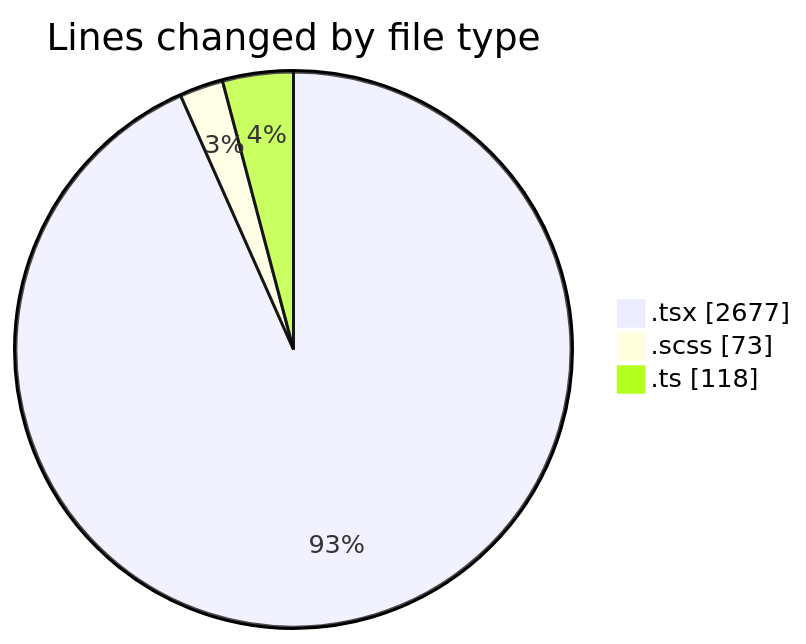
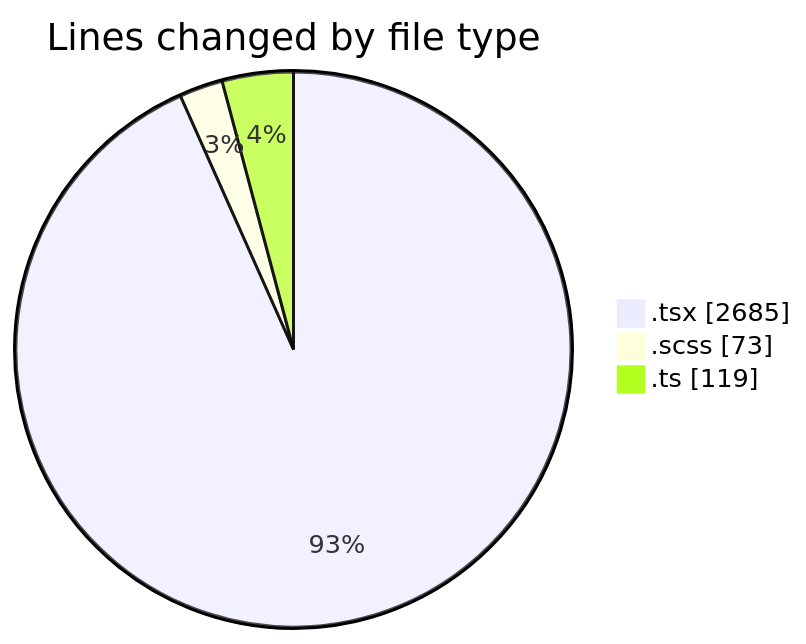
Before and after one commit to momahboobian/code-tracking: the first of 2 diagrams in 2025-06-13/cda/README.md, drawn with Mermaid. The commit also changed other lines of this file and 1 other file, not shown here.

````diff
--- a/2025-06-13/cda/README.md
+++ b/2025-06-13/cda/README.md
@@ -28,7 +28,7 @@
 ```mermaid
 pie showData
 title Lines changed by file type
-".tsx" : 2677
+".tsx" : 2685
 ".scss" : 73
-".ts" : 118
+".ts" : 119
 ```
````
